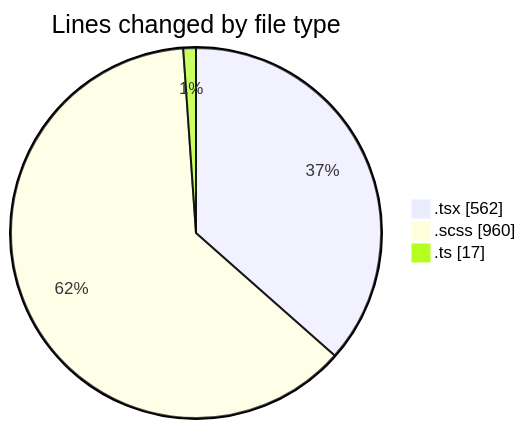
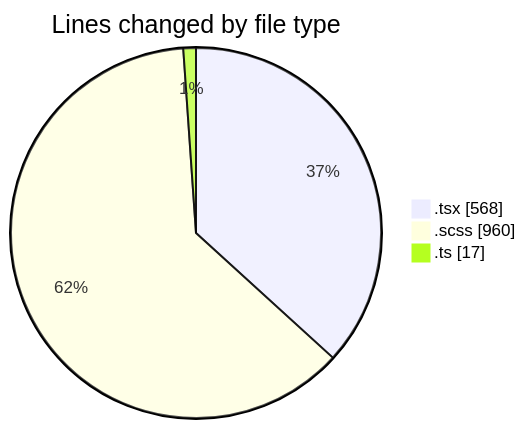
The first of 2 diagrams in 2025-09-19/cda/README.md (momahboobian/code-tracking), drawn with Mermaid before and after one commit. The commit also changed other lines of this file and 1 other file, not shown here.

````diff
--- a/2025-09-19/cda/README.md
+++ b/2025-09-19/cda/README.md
@@ -23,7 +23,7 @@
 ```mermaid
 pie showData
 title Lines changed by file type
-".tsx" : 562
+".tsx" : 568
 ".scss" : 960
 ".ts" : 17
 ```
````
